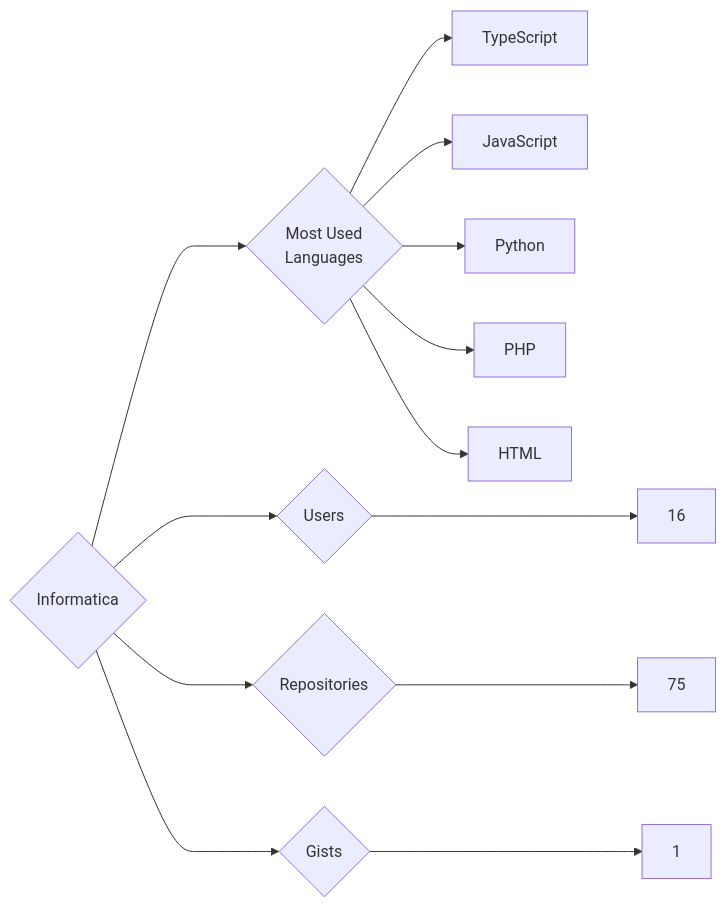
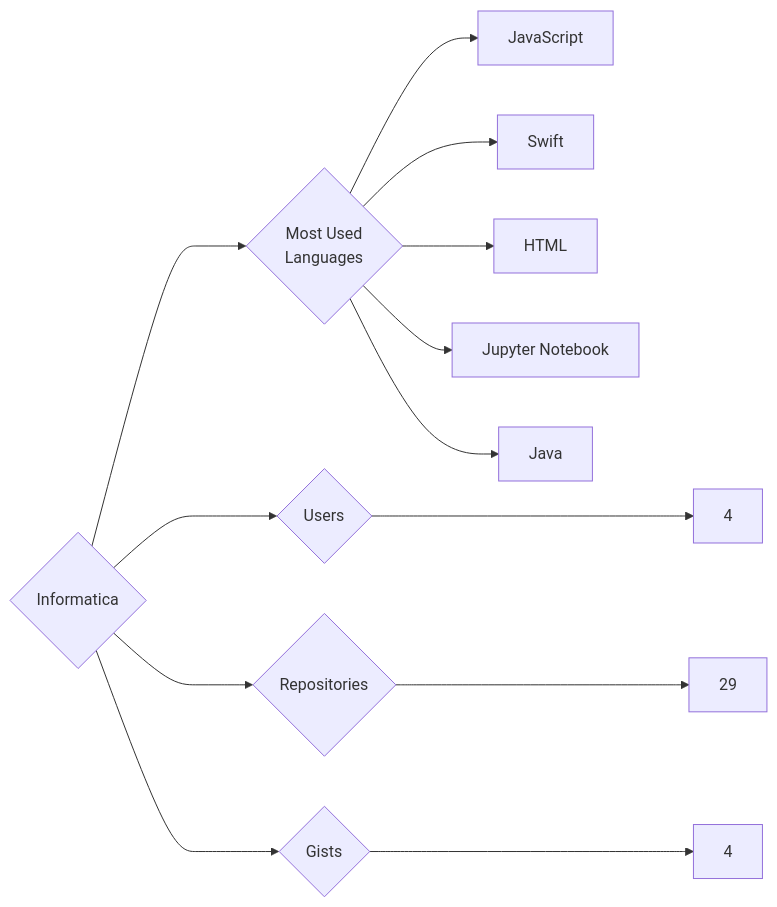
One commit to trickest/insiders changed the diagram in targets/Informatica/README.md. Above: the diagram before and after it, drawn with Mermaid. The commit also changed 750 other files, not shown here.

````diff
--- a/targets/Informatica/README.md
+++ b/targets/Informatica/README.md
@@ -3,13 +3,13 @@
 ```mermaid
 graph LR
 COMPANY_NAME{Informatica}
-COMPANY_NAME ---> U{Users} ---> UN[16]
-COMPANY_NAME ---> R{Repositories} ---> RN[75]
-COMPANY_NAME ---> G{Gists} ---> GN[1]
+COMPANY_NAME ---> U{Users} ---> UN[4]
+COMPANY_NAME ---> R{Repositories} ---> RN[29]
+COMPANY_NAME ---> G{Gists} ---> GN[4]
 COMPANY_NAME ---> ML{Most Used<br>Languages}
-ML --> TypeScript[TypeScript]
 ML --> JavaScript[JavaScript]
-ML --> Python[Python]
-ML --> PHP[PHP]
+ML --> Swift[Swift]
 ML --> HTML[HTML]
+ML --> Jupyter_Notebook[Jupyter Notebook]
+ML --> Java[Java]
 ```
````
